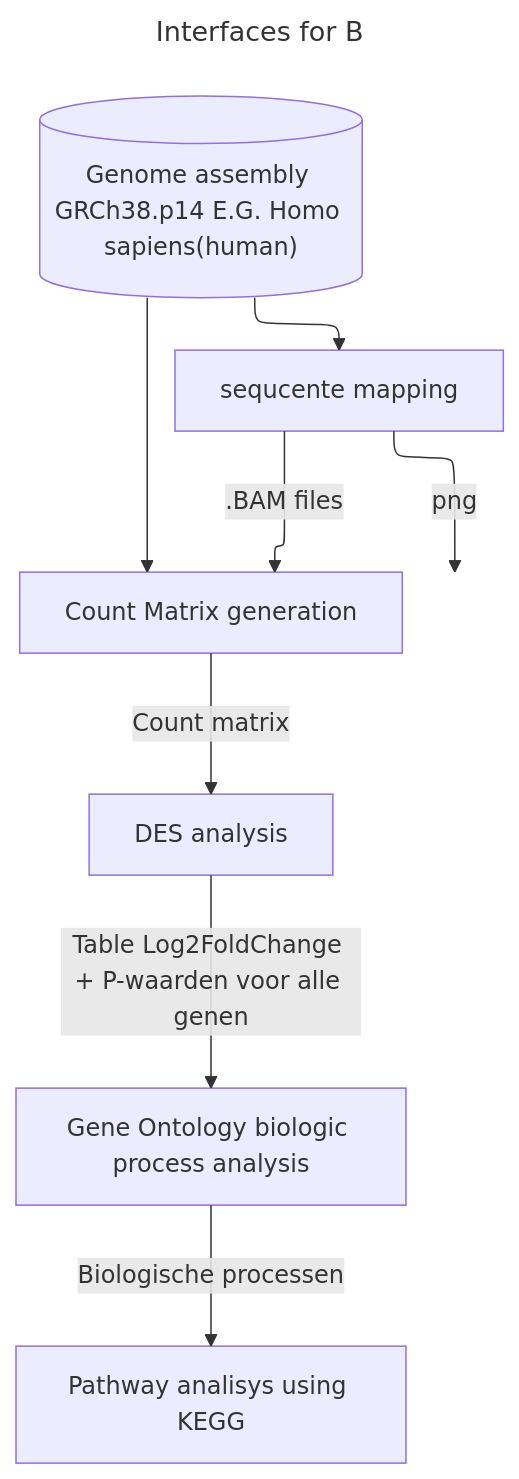
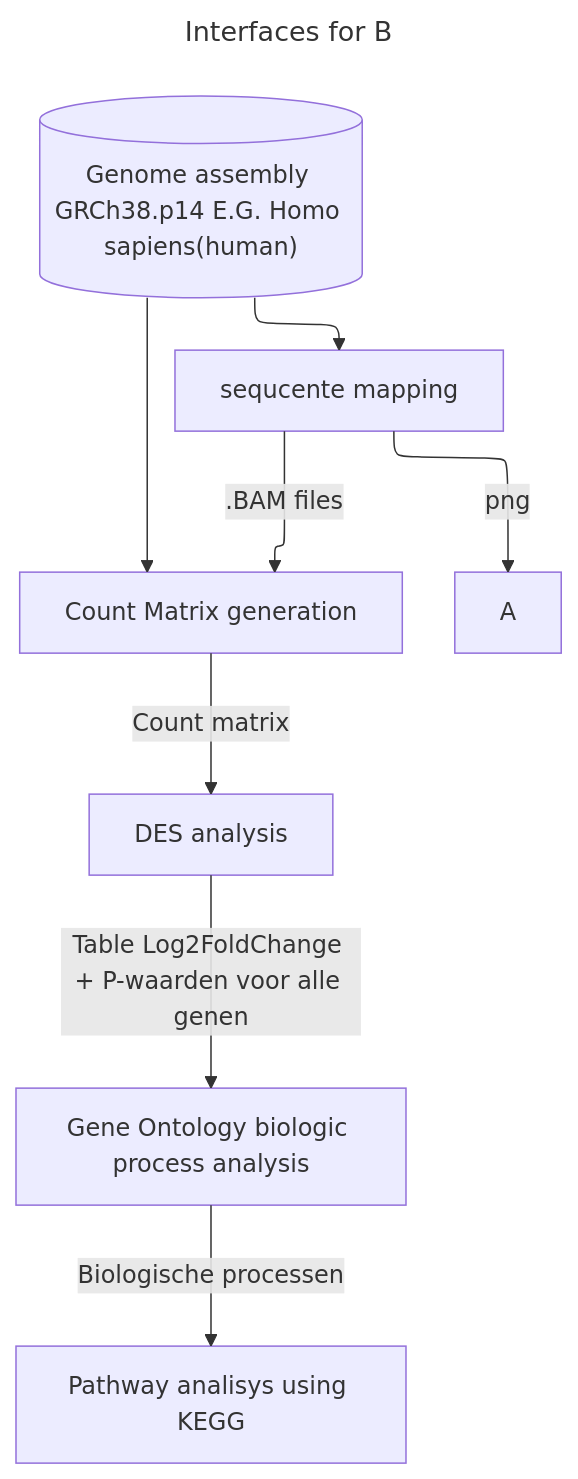
The diagram in README.md (Quantum-Coder826/J2P4casusTranscriptomics), drawn with Mermaid before and after one commit.

````diff
--- a/README.md
+++ b/README.md
@@ -38,31 +38,31 @@
 ```mermaid
 ---
 title: Interfaces for B
 ---
 %%{init: {'flowchart': {'defaultRenderer': 'elk'}}}%%
 
 flowchart-elk TD;
   
   HG38[("Genome assembly GRCh38.p14 E.G. Homo sapiens(human)")] 
   HG38 --> seq_map;
   HG38 ----> matrix;
     
   seq_map[sequcente mapping] -->|".BAM files"| matrix;
-  seq_map -->|png|A:::hidden;
+  seq_map -->|png|A;
   
   matrix[Count Matrix generation] -->|"Count matrix"| data_ana;
   data_ana[DES analysis] -->|"Table Log2FoldChange + P-waarden voor alle genen"| GO_ana;
   GO_ana[Gene Ontology biologic process analysis] -->|"Biologische processen"| KEGG_ana;
   KEGG_ana[Pathway analisys using KEGG];
     
   click seq_map "https://github.com/Quantum-Coder826/J2P4casusTranscriptomics/blob/main/scripts/seq_mapping.R";
   click matrix "https://github.com/Quantum-Coder826/J2P4casusTranscriptomics/blob/main/scripts/count_matrix.R";
   click data_ana "https://github.com/Quantum-Coder826/J2P4casusTranscriptomics/blob/main/scripts/data_ana.R";
   click GO_ana "https://github.com/Quantum-Coder826/J2P4casusTranscriptomics/blob/main/scripts/GO_analysis.R";
   click KEGG_ana "https://github.com/Quantum-Coder826/J2P4casusTranscriptomics/blob/main/scripts/KEGG_analysis.R";
   
   click HG38 "https://www.ncbi.nlm.nih.gov/datasets/genome/GCF_000001405.40/";
   
   classDef hidden display: none;
 
 ```
````
